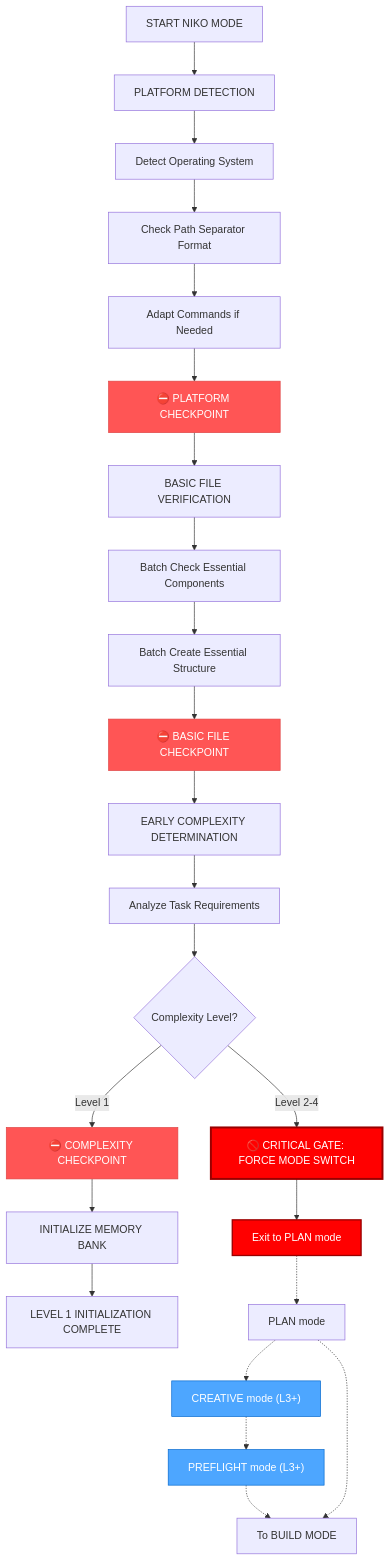
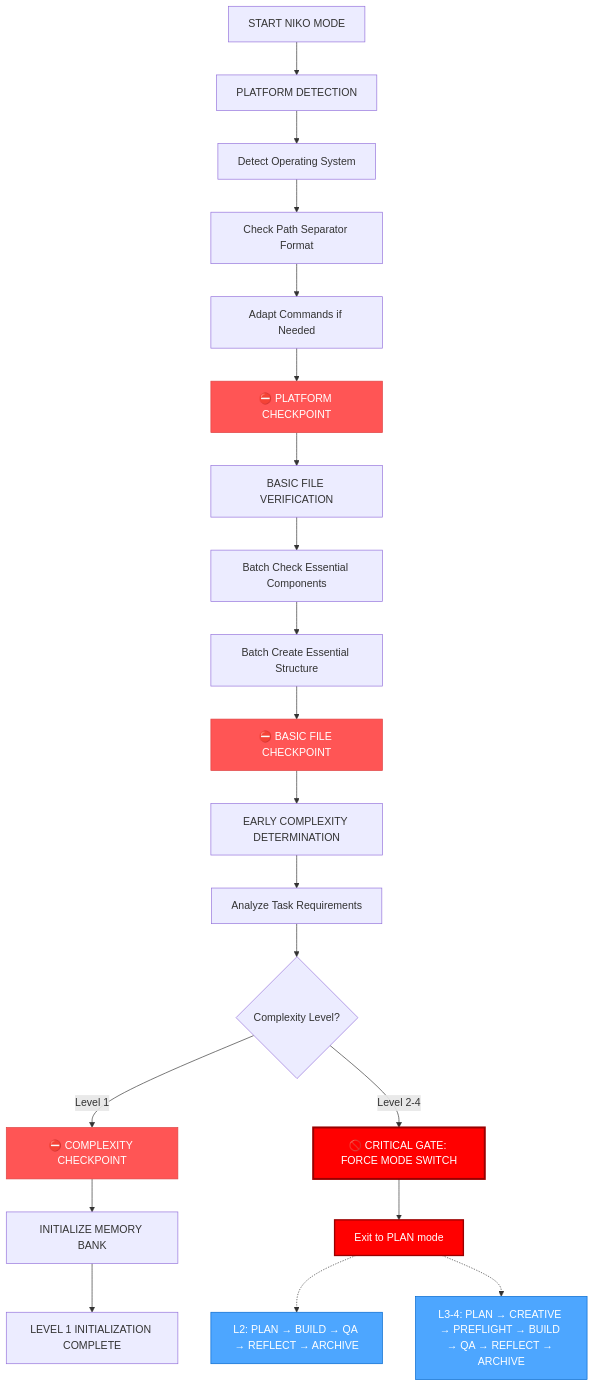
Before and after one commit to Texarkanine/.cursor-rules: the first of 12 diagrams in rulesets/niko/niko/visual-maps/van-mode-map.mdc, drawn with Mermaid. The commit also changed other lines of this file and 20 other files, not shown here.

````diff
--- a/rulesets/niko/niko/visual-maps/van-mode-map.mdc
+++ b/rulesets/niko/niko/visual-maps/van-mode-map.mdc
@@ -12,44 +12,41 @@
 ```mermaid
 graph TD
     Start["START NIKO MODE"] --> PlatformDetect["PLATFORM DETECTION"]
     PlatformDetect --> DetectOS["Detect Operating System"]
     DetectOS --> CheckPath["Check Path Separator Format"]
     CheckPath --> AdaptCmds["Adapt Commands if Needed"]
     AdaptCmds --> PlatformCP["⛔ PLATFORM CHECKPOINT"]
-
+    
     %% Basic File Verification with checkpoint
     PlatformCP --> BasicFileVerify["BASIC FILE VERIFICATION"]
     BasicFileVerify --> BatchCheck["Batch Check Essential Components"]
     BatchCheck --> BatchCreate["Batch Create Essential Structure"]
     BatchCreate --> BasicFileCP["⛔ BASIC FILE CHECKPOINT"]
-
+    
     %% Early Complexity Determination
     BasicFileCP --> EarlyComplexity["EARLY COMPLEXITY DETERMINATION"]
     EarlyComplexity --> AnalyzeTask["Analyze Task Requirements"]
     AnalyzeTask --> EarlyLevelCheck{"Complexity Level?"}
-
+    
     %% Level handling paths
     EarlyLevelCheck -->|"Level 1"| ComplexityCP["⛔ COMPLEXITY CHECKPOINT"]
     EarlyLevelCheck -->|"Level 2-4"| CRITICALGATE["🚫 CRITICAL GATE: FORCE MODE SWITCH"]
     CRITICALGATE --> ForceExit["Exit to PLAN mode"]
-
+    
     %% Level 1 continues normally
     ComplexityCP --> InitSystem["INITIALIZE MEMORY BANK"]
     InitSystem --> Complete1["LEVEL 1 INITIALIZATION COMPLETE"]
-
-    %% For Level 2+ tasks after PLAN mode
-    ForceExit -.-> OtherModes["PLAN mode"]
-    OtherModes -.-> Creative["CREATIVE mode (L3+)"]
-    Creative -.-> Preflight["PREFLIGHT mode (L3+)"]
-    Preflight -.-> BUILD["To BUILD MODE"]
-    OtherModes -.-> BUILD
+    
+    %% Level-dependent workflow paths after PLAN mode
+    ForceExit -.-> L2Path["L2: PLAN → BUILD → QA → REFLECT → ARCHIVE"]
+    ForceExit -.-> L34Path["L3-4: PLAN → CREATIVE → PREFLIGHT → BUILD → QA → REFLECT → ARCHIVE"]
 
     %% Style nodes
     style PlatformCP fill:#f55,stroke:#d44,color:white
     style BasicFileCP fill:#f55,stroke:#d44,color:white
     style ComplexityCP fill:#f55,stroke:#d44,color:white
     style CRITICALGATE fill:#ff0000,stroke:#990000,color:white,stroke-width:3px
     style ForceExit fill:#ff0000,stroke:#990000,color:white,stroke-width:2px
-    style Creative fill:#4da6ff,stroke:#0066cc,color:white
-    style Preflight fill:#4da6ff,stroke:#0066cc,color:white
+    style L2Path fill:#4da6ff,stroke:#0066cc,color:white
+    style L34Path fill:#4da6ff,stroke:#0066cc,color:white
 ```
````
